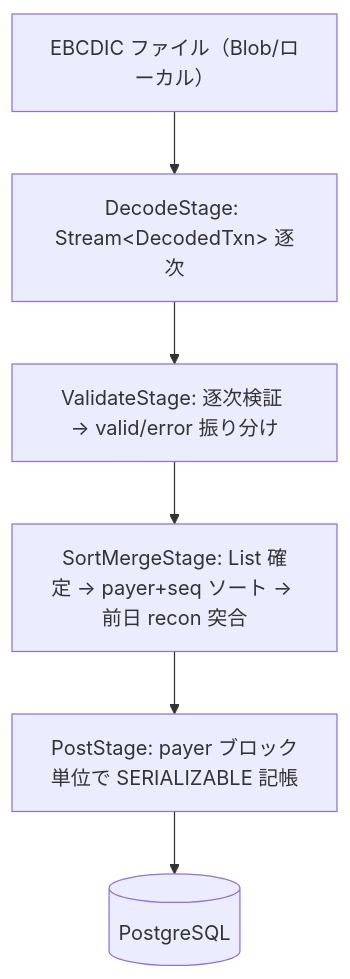
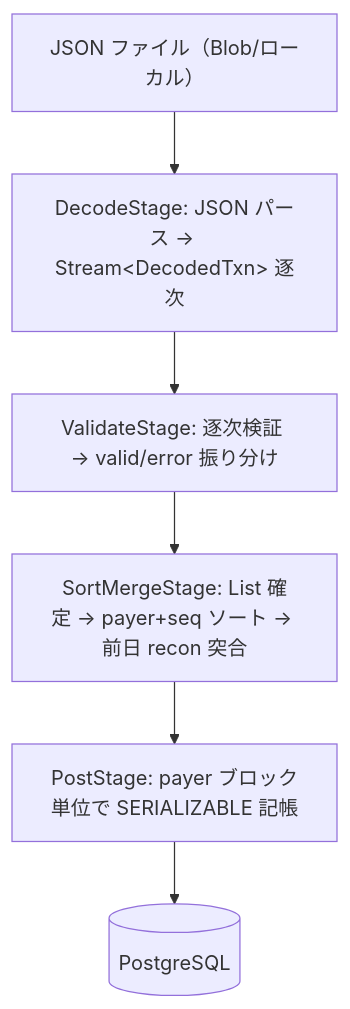
The third of 3 diagrams in doc/design/specs-tobe/99-pipeline-orchestration-design.md (fkoyama/legacy-modernization-ws-cobol-260630-BIPROGY), drawn with Mermaid before and after one commit. The commit also changed other lines of this file, not shown here.

````diff
--- a/doc/design/specs-tobe/99-pipeline-orchestration-design.md
+++ b/doc/design/specs-tobe/99-pipeline-orchestration-design.md
@@ -261,8 +263,8 @@
 ```mermaid
 flowchart TB
-    F["EBCDIC ファイル（Blob/ローカル）"] --> D["DecodeStage: Stream&lt;DecodedTxn&gt; 逐次"]
+    F["JSON ファイル（Blob/ローカル）"] --> D["DecodeStage: JSON パース → Stream&lt;DecodedTxn&gt; 逐次"]
     D --> V["ValidateStage: 逐次検証 → valid/error 振り分け"]
     V --> S["SortMergeStage: List 確定 → payer+seq ソート → 前日 recon 突合"]
     S --> P["PostStage: payer ブロック単位で SERIALIZABLE 記帳"]
     P --> DB[("PostgreSQL")]
 ```
````
